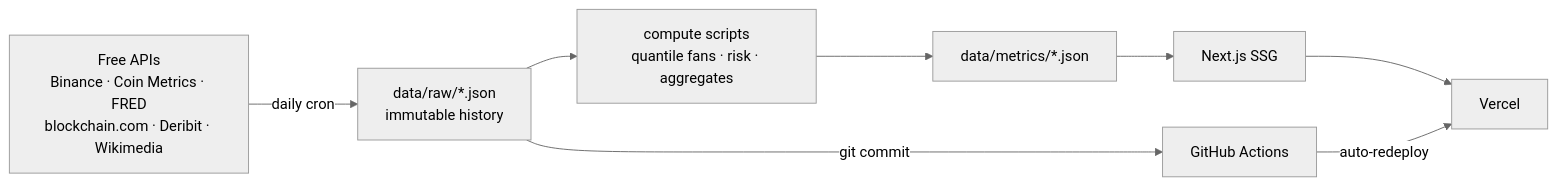
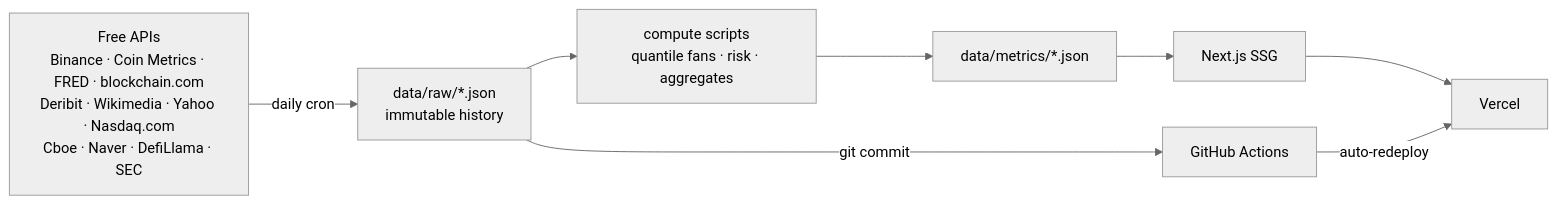
Before and after one commit to srivathsanvenkateswaran/Burrito: the diagram in README.md, drawn with Mermaid (neutral theme). The commit also changed other lines of this file and 490 other files, not shown here.

````diff
--- a/README.md
+++ b/README.md
@@ -53,9 +62,9 @@
 ```mermaid
 flowchart LR
-    A[Free APIs<br/>Binance · Coin Metrics · FRED<br/>blockchain.com · Deribit · Wikimedia] -->|daily cron| B[data/raw/*.json<br/>immutable history]
+    A[Free APIs<br/>Binance · Coin Metrics · FRED · blockchain.com<br/>Deribit · Wikimedia · Yahoo · Nasdaq.com<br/>Cboe · Naver · DefiLlama · SEC] -->|daily cron| B[data/raw/*.json<br/>immutable history]
     B --> C[compute scripts<br/>quantile fans · risk · aggregates]
     C --> D[data/metrics/*.json]
     D --> E[Next.js SSG]
     E --> F[Vercel]
     B -->|git commit| G[GitHub Actions] -->|auto-redeploy| F
 ```
````
